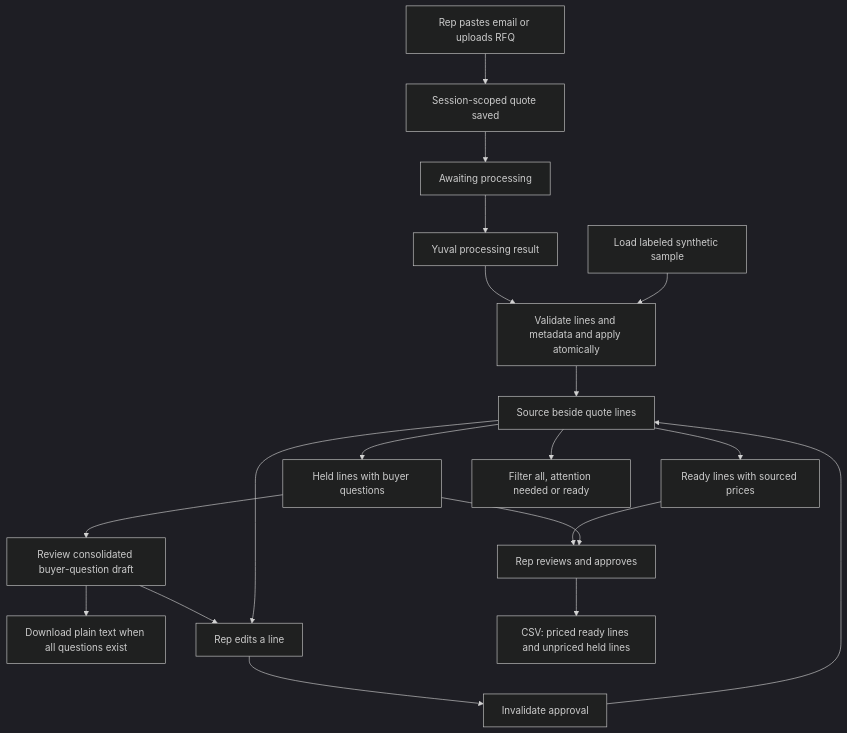
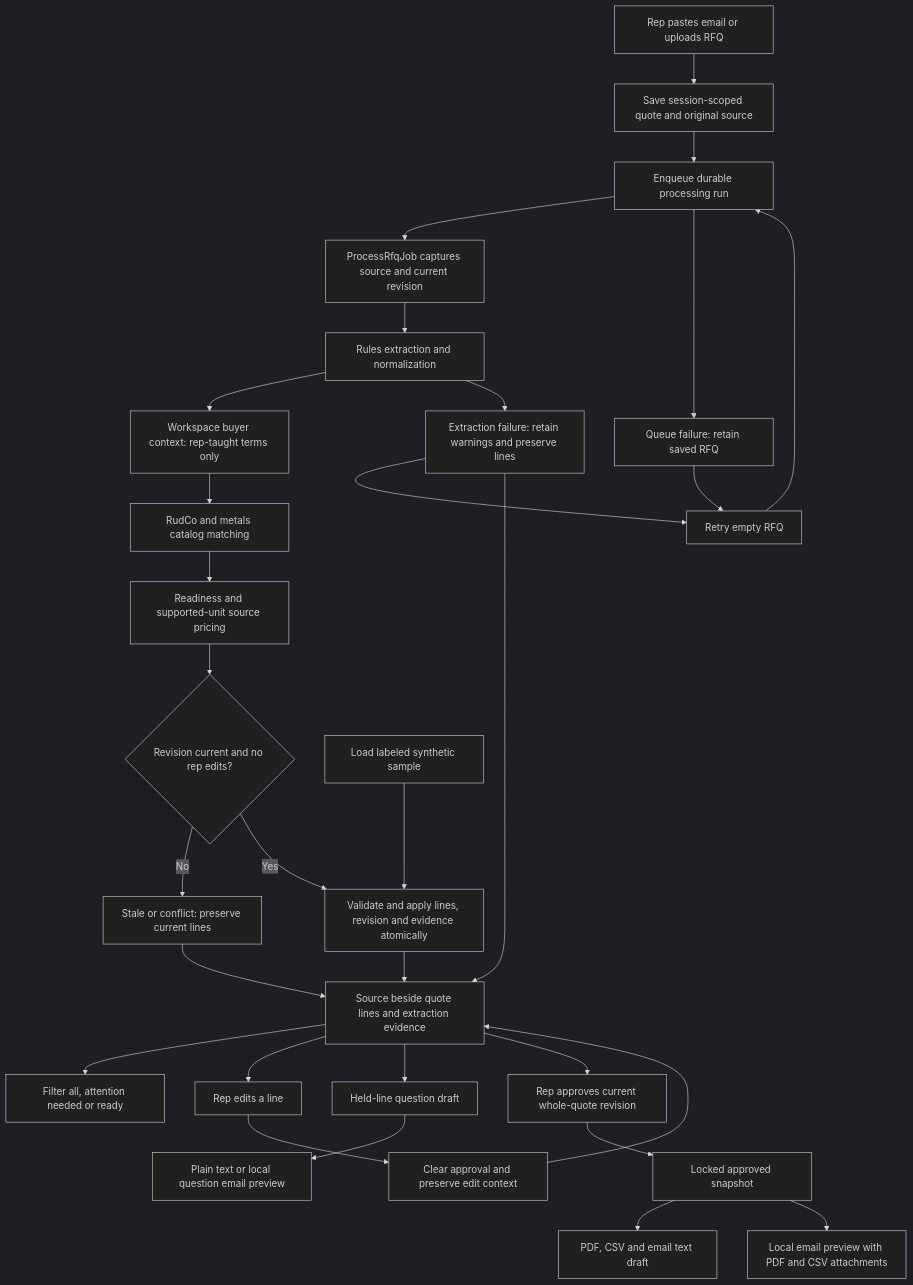
One commit to kenxle/columbia-startup-lab-get-hired-hack changed the diagram in docs/diagrams/quote-workspace.md. Above: the diagram before and after it, drawn with Mermaid (dark theme). The commit also changed other lines of this file and 77 other files, not shown here.

Commit message:
Connect RFQ intake, quote documents, and RudCo UI

````diff
--- a/docs/diagrams/quote-workspace.md
+++ b/docs/diagrams/quote-workspace.md
@@ -3,21 +3,32 @@
 ```mermaid
 graph TD
-    A[Rep pastes email or uploads RFQ] --> B[Session-scoped quote saved]
-    B --> C[Awaiting processing]
-    C --> D[Yuval processing result]
-    D --> E[Validate lines and metadata and apply atomically]
-    F[Load labeled synthetic sample] --> E
-    E --> G[Source beside quote lines]
-    G --> H[Ready lines with sourced prices]
-    G --> I[Held lines with buyer questions]
-    G --> N[Filter all, attention needed or ready]
-    I --> O[Review consolidated buyer-question draft]
-    O --> P[Download plain text when all questions exist]
-    O --> L
-    H --> J[Rep reviews and approves]
-    I --> J
-    J --> K[CSV: priced ready lines and unpriced held lines]
-    G --> L[Rep edits a line]
-    L --> M[Invalidate approval]
-    M --> G
+    A[Rep pastes email or uploads RFQ] --> B[Save session-scoped quote and original source]
+    B --> C[Enqueue durable processing run]
+    C --> D[ProcessRfqJob captures source and current revision]
+    D --> E[Rules extraction and normalization]
+    E --> F[Workspace buyer context: rep-taught terms only]
+    F --> G[RudCo and metals catalog matching]
+    G --> H[Readiness and supported-unit source pricing]
+    H --> I{Revision current and no rep edits?}
+    I -- No --> J[Stale or conflict: preserve current lines]
+    I -- Yes --> K[Validate and apply lines, revision and evidence atomically]
+    E --> L[Extraction failure: retain warnings and preserve lines]
+    C --> M[Queue failure: retain saved RFQ]
+    L --> N[Retry empty RFQ]
+    M --> N
+    N --> C
+    O[Load labeled synthetic sample] --> K
+    K --> P[Source beside quote lines and extraction evidence]
+    J --> P
+    L --> P
+    P --> Q[Filter all, attention needed or ready]
+    P --> R[Rep edits a line]
+    R --> S[Clear approval and preserve edit context]
+    S --> P
+    P --> T[Held-line question draft]
+    T --> U[Plain text or local question email preview]
+    P --> V[Rep approves current whole-quote revision]
+    V --> W[Locked approved snapshot]
+    W --> X[PDF, CSV and email text draft]
+    W --> Y[Local email preview with PDF and CSV attachments]
 ```
````
